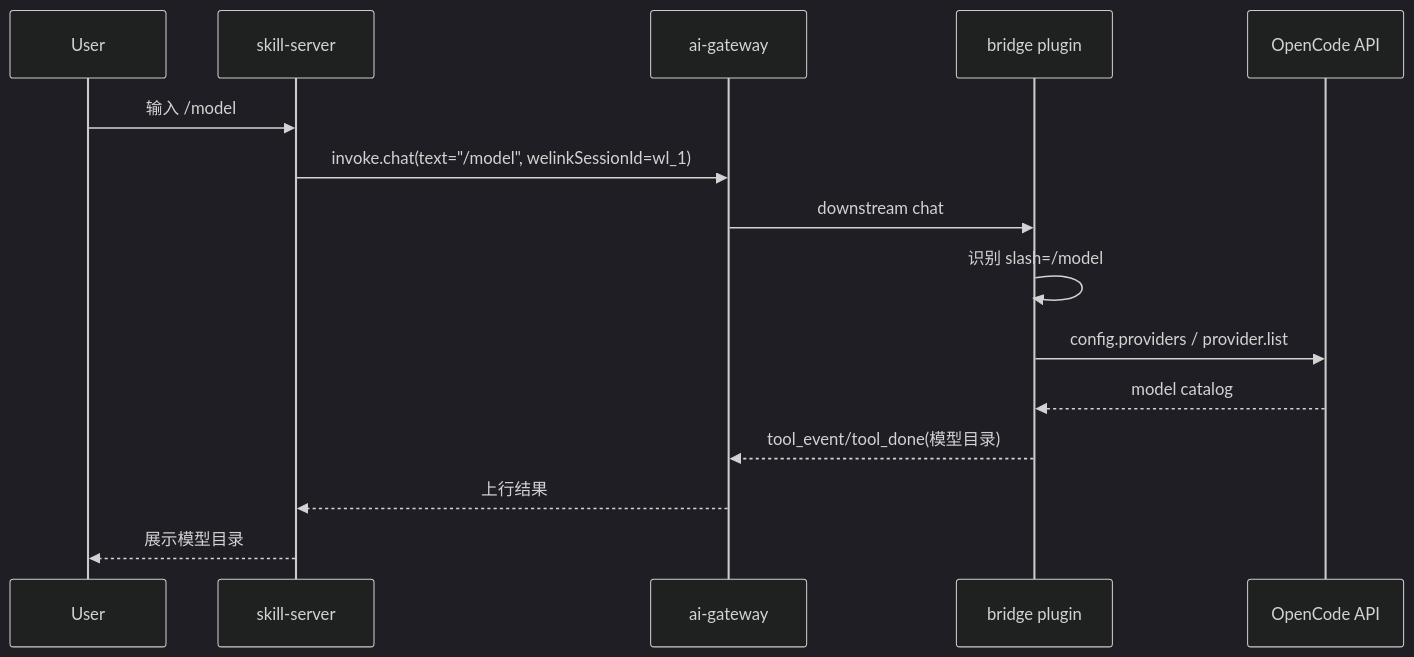
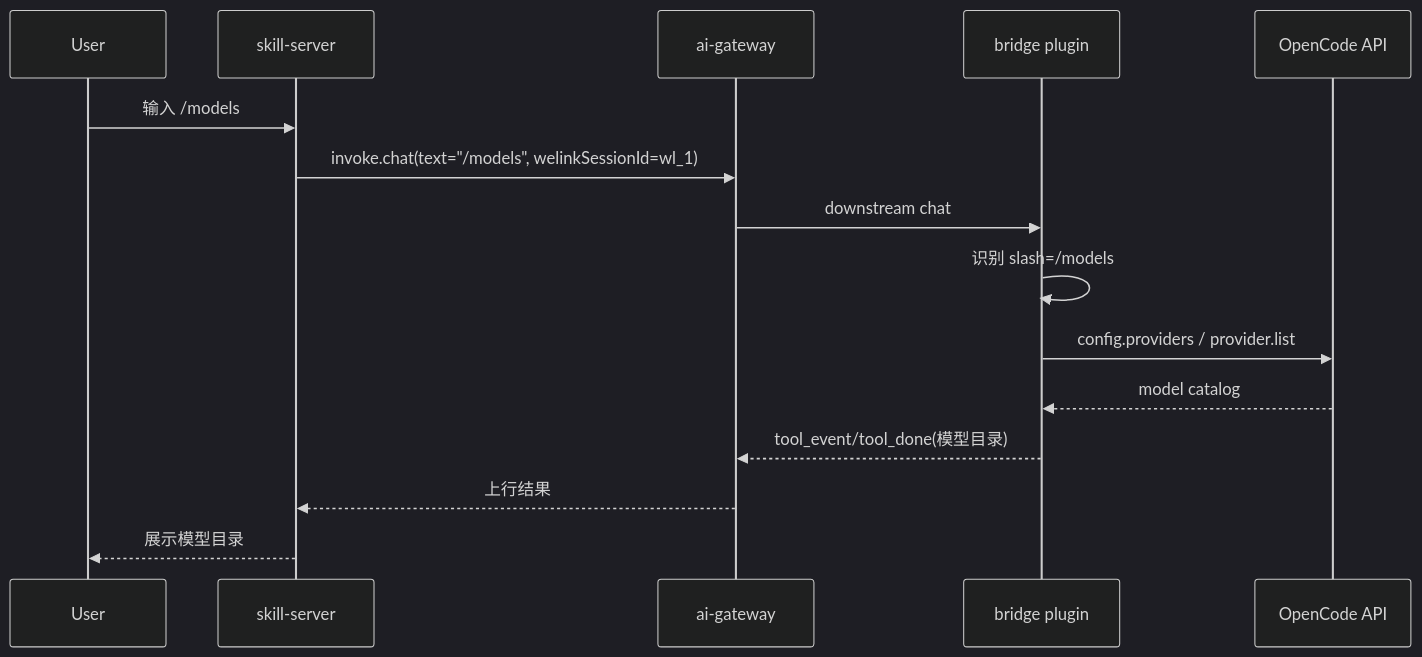
The fifth of 14 diagrams in docs/design/message-bridge-slash-commands-solution.md (yuzhangCZ/agent-plugin), drawn with Mermaid (dark theme) before and after one commit. The commit also changed other lines of this file and 45 other files, not shown here.

Commit message:
feat: add slash command control plane flow

````diff
--- a/docs/design/message-bridge-slash-commands-solution.md
+++ b/docs/design/message-bridge-slash-commands-solution.md
@@ -637,18 +671,18 @@
 ```mermaid
 sequenceDiagram
   participant U as User
   participant SS as skill-server
   participant GW as ai-gateway
   participant MB as bridge plugin
   participant OC as OpenCode API
 
-  U->>SS: 输入 /model
-  SS->>GW: invoke.chat(text="/model", welinkSessionId=wl_1)
+  U->>SS: 输入 /models
+  SS->>GW: invoke.chat(text="/models", welinkSessionId=wl_1)
   GW->>MB: downstream chat
-  MB->>MB: 识别 slash=/model
+  MB->>MB: 识别 slash=/models
   MB->>OC: config.providers / provider.list
   OC-->>MB: model catalog
   MB-->>GW: tool_event/tool_done(模型目录)
   GW-->>SS: 上行结果
   SS-->>U: 展示模型目录
 ```
````
